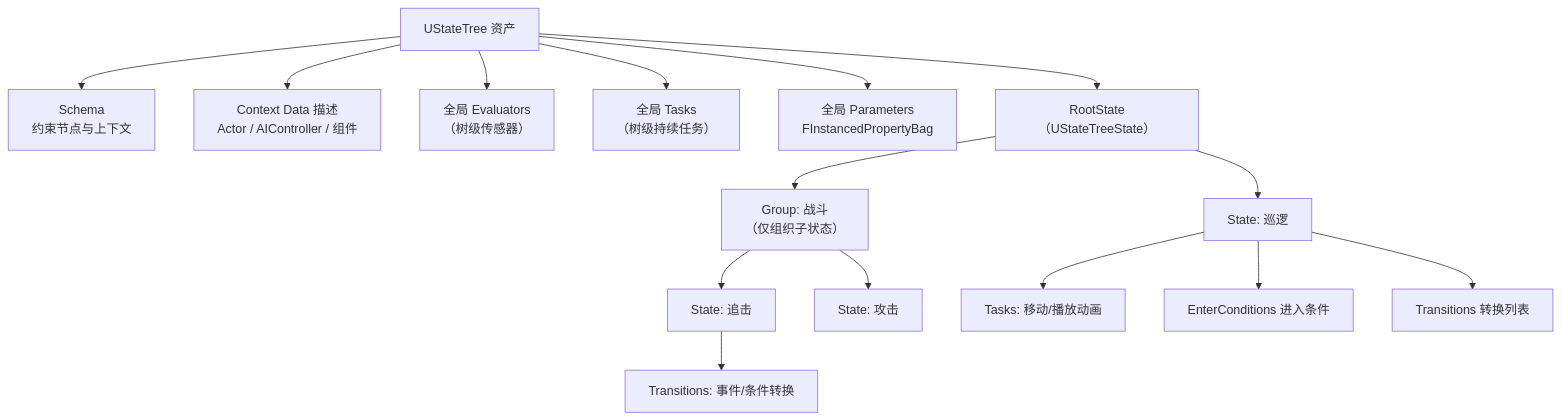
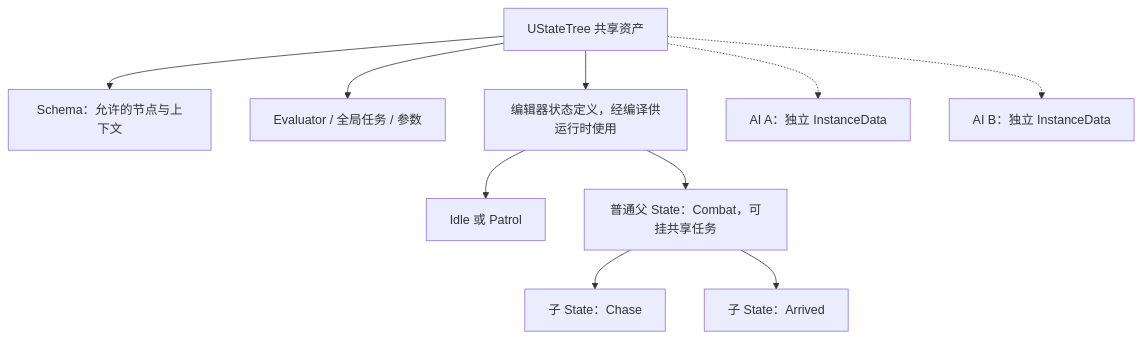
Before and after one commit to fantuan812/learning: the first of 5 diagrams in 知识/06-游戏AI/感知决策与行为规划/05-StateTree状态树.md, drawn with Mermaid. The commit also changed other lines of this file and 2 other files, not shown here.

Commit message:
docs: 纠正 UE 行为树与 StateTree 的执行和退出机制

````diff
--- a/知识/06-游戏AI/感知决策与行为规划/05-StateTree状态树.md
+++ b/知识/06-游戏AI/感知决策与行为规划/05-StateTree状态树.md
@@ -62,17 +73,12 @@
 ```mermaid
 flowchart TD
-    Asset["UStateTree 资产"] --> Schema["Schema<br/>约束节点与上下文"]
-    Asset --> Ctx["Context Data 描述<br/>Actor / AIController / 组件"]
-    Asset --> GE["全局 Evaluators<br/>（树级传感器）"]
-    Asset --> GT["全局 Tasks<br/>（树级持续任务）"]
-    Asset --> Params["全局 Parameters<br/>FInstancedPropertyBag"]
-    Asset --> Root["RootState（UStateTreeState）"]
-    Root --> S1["State: 巡逻"]
-    Root --> S2["Group: 战斗<br/>（仅组织子状态）"]
-    S2 --> S21["State: 追击"]
-    S2 --> S22["State: 攻击"]
-    S1 --> T1["Tasks: 移动/播放动画"]
-    S1 --> C1["EnterConditions 进入条件"]
-    S1 --> TR1["Transitions 转换列表"]
-    S21 --> TR2["Transitions: 事件/条件转换"]
+    Asset["UStateTree 共享资产"] --> Schema["Schema：允许的节点与上下文"]
+    Asset --> Eval["Evaluator / 全局任务 / 参数"]
+    Asset --> Definition["编辑器状态定义，经编译供运行时使用"]
+    Definition --> Idle["Idle 或 Patrol"]
+    Definition --> Combat["普通父 State：Combat，可挂共享任务"]
+    Combat --> Chase["子 State：Chase"]
+    Combat --> Arrived["子 State：Arrived"]
+    Asset -.-> A["AI A：独立 InstanceData"]
+    Asset -.-> B["AI B：独立 InstanceData"]
 ```
````
